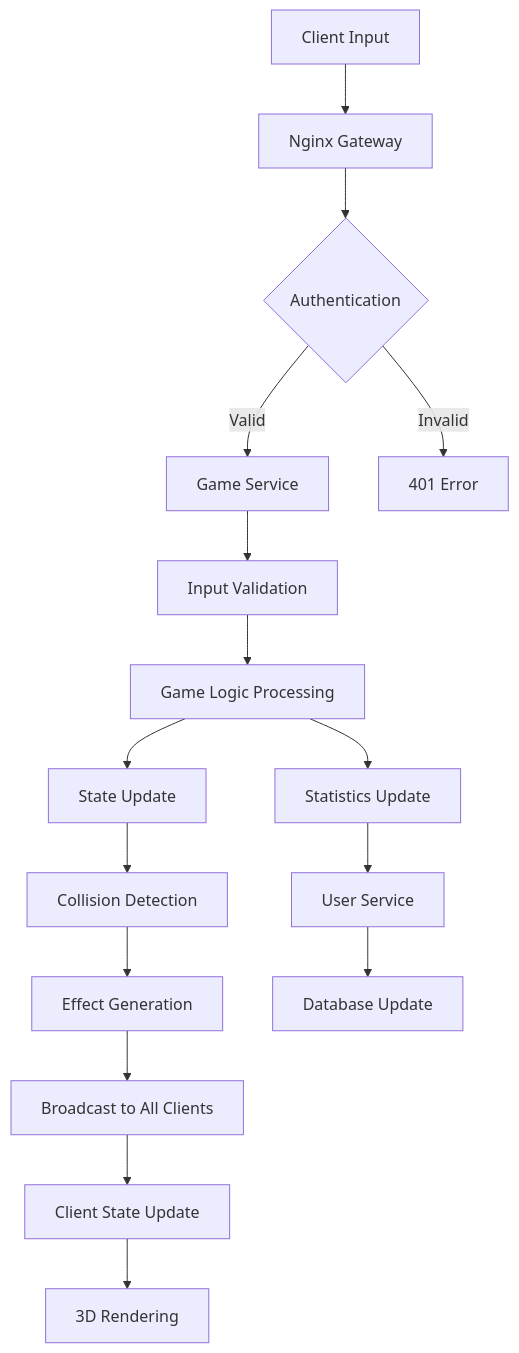
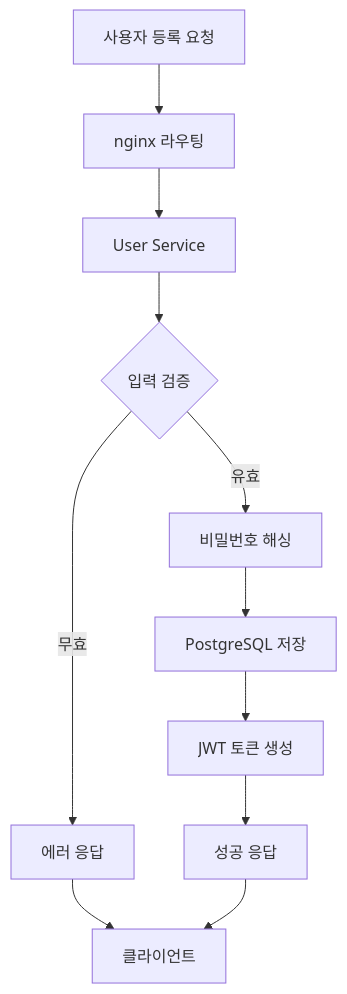
Before and after one commit to tanminkwan/test2: the sixth of 10 diagrams in ARCHITECTURE.md, drawn with Mermaid. The commit also changed other lines of this file and 26 other files, not shown here.

````diff
--- a/ARCHITECTURE.md
+++ b/ARCHITECTURE.md
@@ -274,21 +362,13 @@
 ```mermaid
 flowchart TD
-    A[Client Input] --> B[Nginx Gateway]
-    B --> C{Authentication}
-    C -->|Valid| D[Game Service]
-    C -->|Invalid| E[401 Error]
-    
-    D --> F[Input Validation]
-    F --> G[Game Logic Processing]
-    G --> H[State Update]
-    H --> I[Collision Detection]
-    I --> J[Effect Generation]
-    
-    J --> K[Broadcast to All Clients]
-    K --> L[Client State Update]
-    L --> M[3D Rendering]
-    
-    G --> N[Statistics Update]
-    N --> O[User Service]
-    O --> P[Database Update]
+    A[사용자 등록 요청] --> B[nginx 라우팅]
+    B --> C[User Service]
+    C --> D{입력 검증}
+    D -->|유효| E[비밀번호 해싱]
+    D -->|무효| F[에러 응답]
+    E --> G[PostgreSQL 저장]
+    G --> H[JWT 토큰 생성]
+    H --> I[성공 응답]
+    F --> J[클라이언트]
+    I --> J
 ```
````
